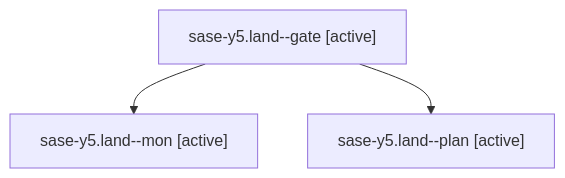
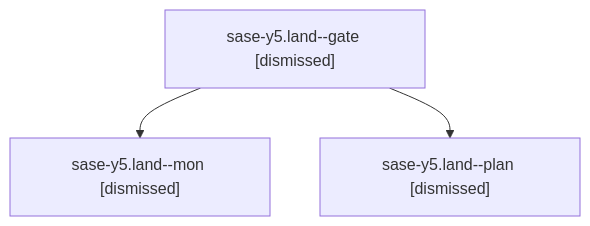
Before and after one commit to sase-org/sase--agents: the diagram in sessions/bbugyi200.athena.sase-y5.land.md, drawn with Mermaid. The commit also changed other lines of this file and 206 other files, not shown here.

````diff
--- a/sessions/bbugyi200.athena.sase-y5.land.md
+++ b/sessions/bbugyi200.athena.sase-y5.land.md
@@ -9,8 +9,8 @@
 ```mermaid
 flowchart TD
-  n0["sase-y5.land--gate [active]"]
-  n1["sase-y5.land--mon [active]"]
+  n0["sase-y5.land--gate [dismissed]"]
+  n1["sase-y5.land--mon [dismissed]"]
   n0 --> n1
-  n2["sase-y5.land--plan [active]"]
+  n2["sase-y5.land--plan [dismissed]"]
   n0 --> n2
 ```
````
